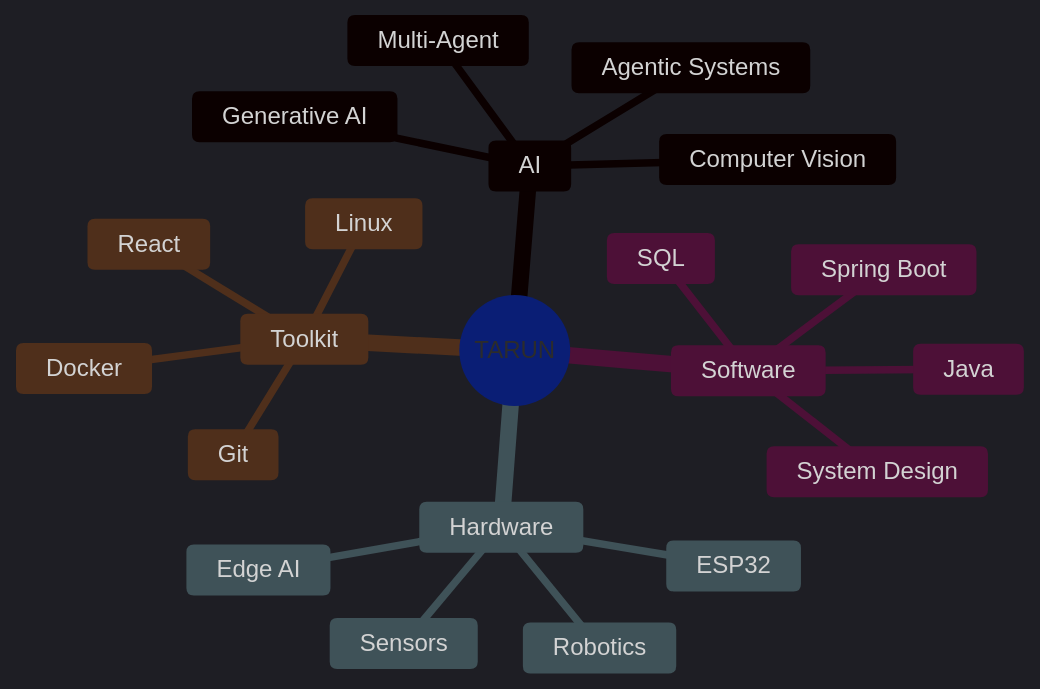
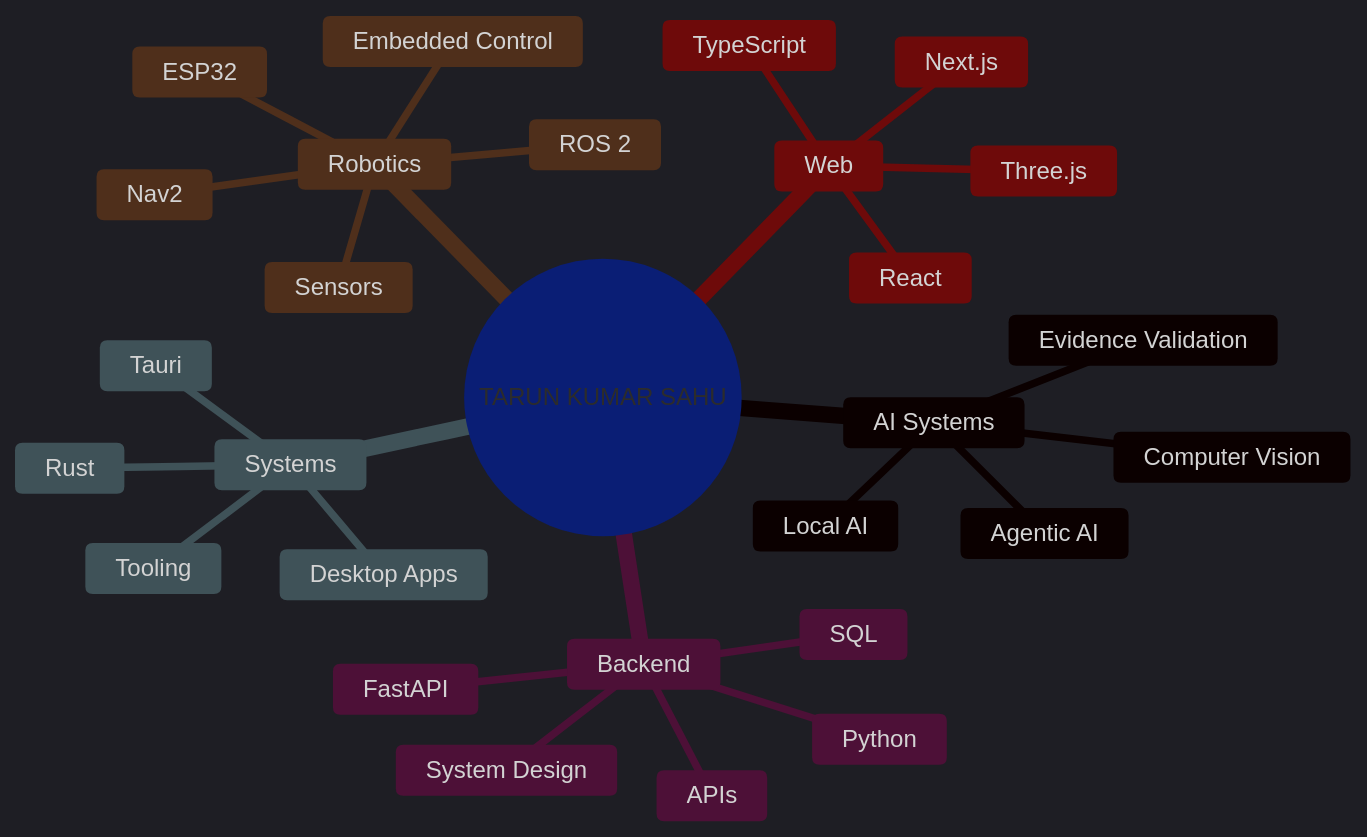
Before and after one commit to tarunkkumarsahu/tarunkkumarsahu: the diagram in README.md, drawn with Mermaid. The commit also changed other lines of this file, not shown here.

````diff
--- a/README.md
+++ b/README.md
@@ -100,25 +65,32 @@
 ```mermaid
 %%{init: {'theme':'dark','themeVariables':{'primaryColor':'#0F172A','primaryBorderColor':'#00E5FF','primaryTextColor':'#E6FBFF','lineColor':'#00E5FF','secondaryColor':'#020617','tertiaryColor':'#020617'}}}%%
 mindmap
-  root((TARUN))
-    AI
-      Agentic Systems
-      Multi-Agent
+  root((TARUN KUMAR SAHU))
+    AI Systems
+      Agentic AI
+      Local AI
       Computer Vision
-      Generative AI
-    Software
-      Java
-      Spring Boot
+      Evidence Validation
+    Backend
+      Python
+      FastAPI
       SQL
+      APIs
       System Design
-    Hardware
+    Systems
+      Rust
+      Tauri
+      Desktop Apps
+      Tooling
+    Robotics
+      ROS 2
+      Nav2
       ESP32
       Sensors
-      Robotics
-      Edge AI
-    Toolkit
-      Git
-      Docker
-      Linux
+      Embedded Control
+    Web
       React
+      Next.js
+      TypeScript
+      Three.js
 ```
````
